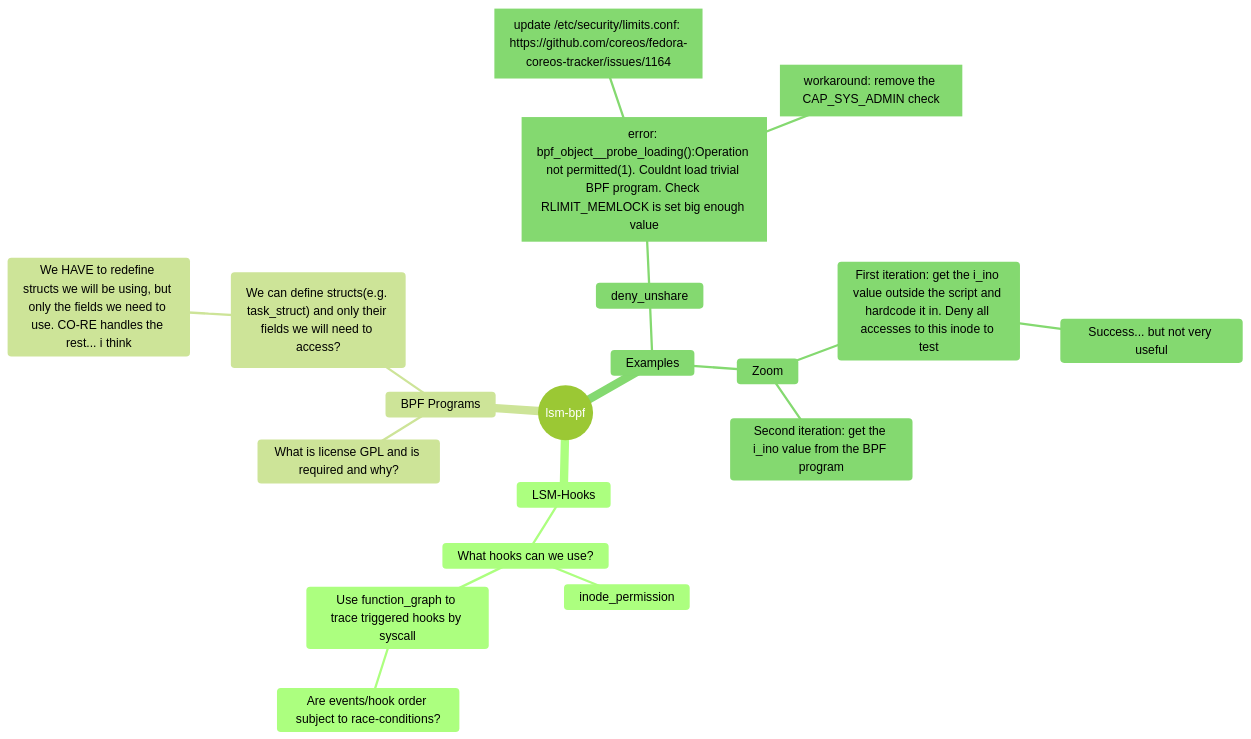
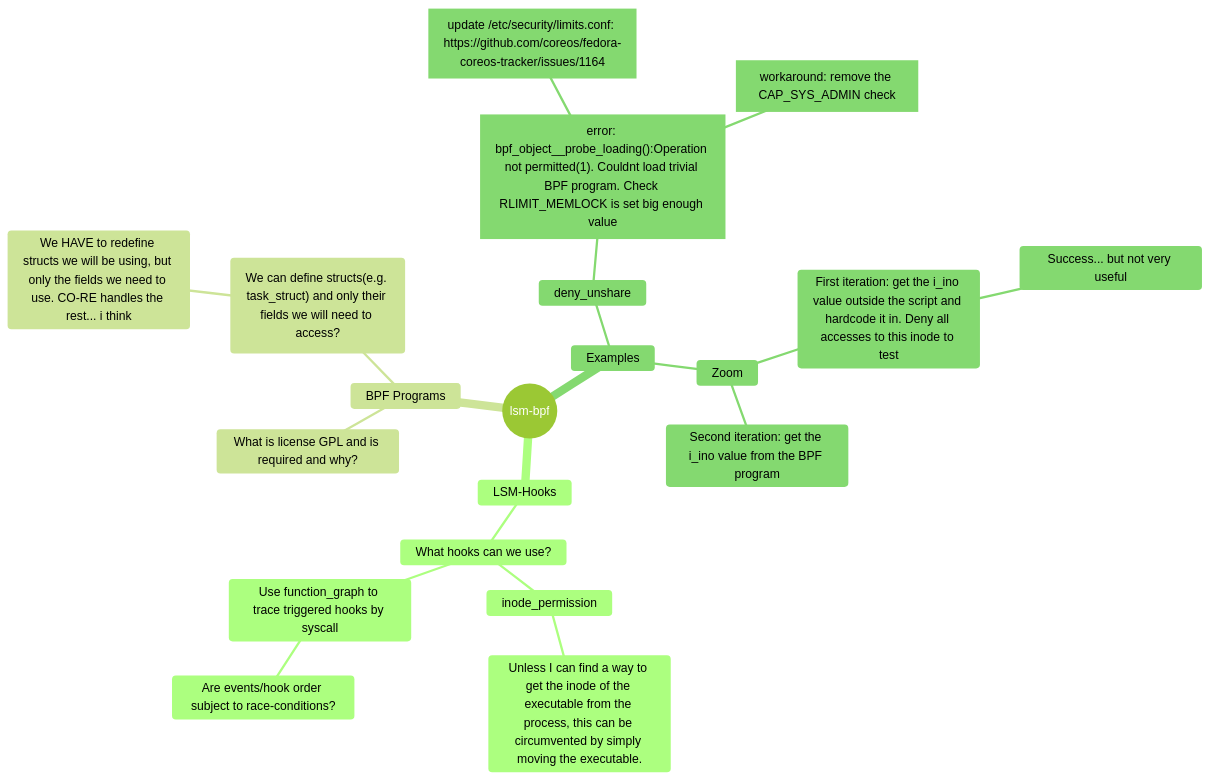
One commit to Turbodunker/lsm-bpf changed the diagram in Questions:.md. Above: the diagram before and after it, drawn with Mermaid (forest theme).

Commit message:
Updated Questions: (markdown)

````diff
--- a/Questions:.md
+++ b/Questions:.md
@@ -17,24 +17,25 @@
 ``` mermaid
     mindmap
         root((lsm-bpf))
             LSM-Hooks
                 What hooks can we use?
                     inode_permission
+                        Unless I can find a way to get the inode of the executable from the process, this can be circumvented by simply moving the executable.
                        
                     Use function_graph to trace triggered hooks by syscall
                         Are events/hook order subject to race-conditions?
             BPF Programs
                 What is license GPL and is required and why?
                 ("We can define structs(e.g. task_struct) and only their fields we will need to access?")
                     We HAVE to redefine structs we will be using, but only the fields we need to use. CO-RE handles the rest... i think
             Examples
                 deny_unshare
                     id1["error: bpf_object__probe_loading():Operation not permitted(1). Couldnt load trivial BPF program. Check RLIMIT_MEMLOCK is set big enough value"]
                         id2["update /etc/security/limits.conf: https://github.com/coreos/fedora-coreos-tracker/issues/1164"]
                         workaround["workaround: remove the CAP_SYS_ADMIN check"]
                 Zoom
                     First iteration: get the i_ino value outside the script and hardcode it in. Deny all accesses to this inode to test
                         Success... but not very useful
                     Second iteration: get the i_ino value from the BPF program
 
 ```
````
